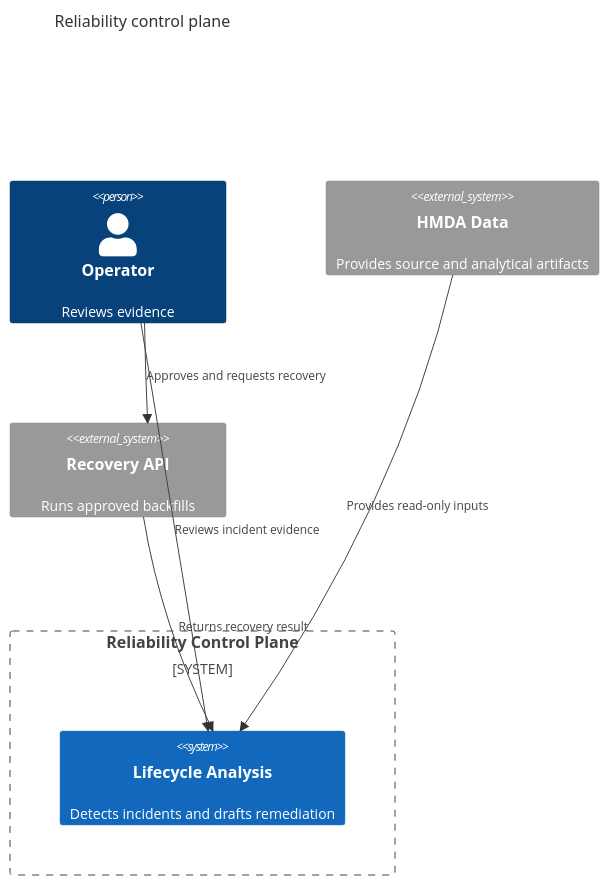
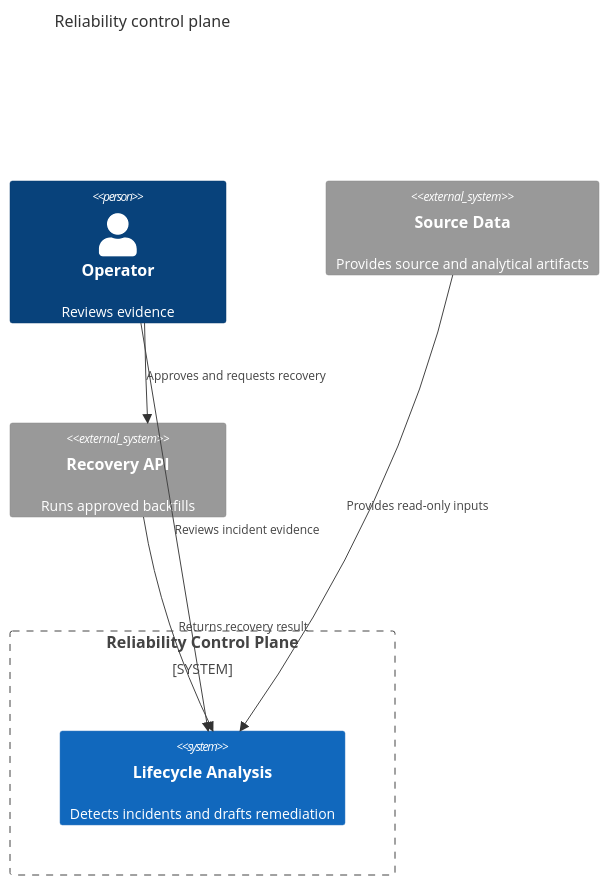
Before and after one commit to mols3131d/mols-agent-assets: the third of 6 diagrams in src/rulesync/.rulesync/skills/mols-mermaid-diagram/references/examples/c4-context.md, drawn with Mermaid. The commit also changed other lines of this file and 2 other files, not shown here.

Commit message:
fix: Mermaid 예제의 upstream drift 축소

````diff
--- a/src/rulesync/.rulesync/skills/mols-mermaid-diagram/references/examples/c4-context.md
+++ b/src/rulesync/.rulesync/skills/mols-mermaid-diagram/references/examples/c4-context.md
@@ -39,15 +39,15 @@
 ```mermaid
 C4Context
     title Reliability control plane
     Person(operator, "Operator", "Reviews evidence")
     System_Boundary(control_plane, "Reliability Control Plane") {
         System(lifecycle, "Lifecycle Analysis", "Detects incidents and drafts remediation")
     }
-    System_Ext(data, "HMDA Data", "Provides source and analytical artifacts")
+    System_Ext(data, "Source Data", "Provides source and analytical artifacts")
     System_Ext(recovery, "Recovery API", "Runs approved backfills")
 
     Rel(operator, lifecycle, "Reviews incident evidence")
     Rel(data, lifecycle, "Provides read-only inputs")
     Rel(operator, recovery, "Approves and requests recovery")
     Rel(recovery, lifecycle, "Returns recovery result")
 ```
````
